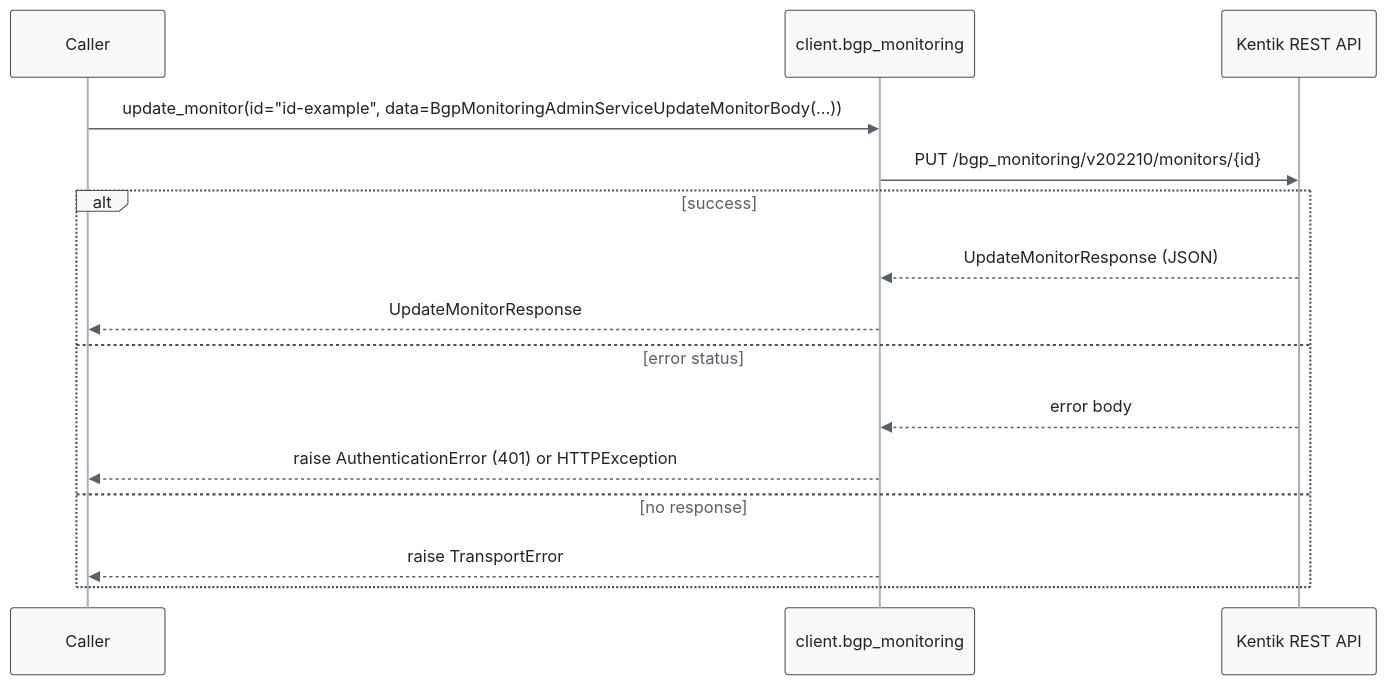
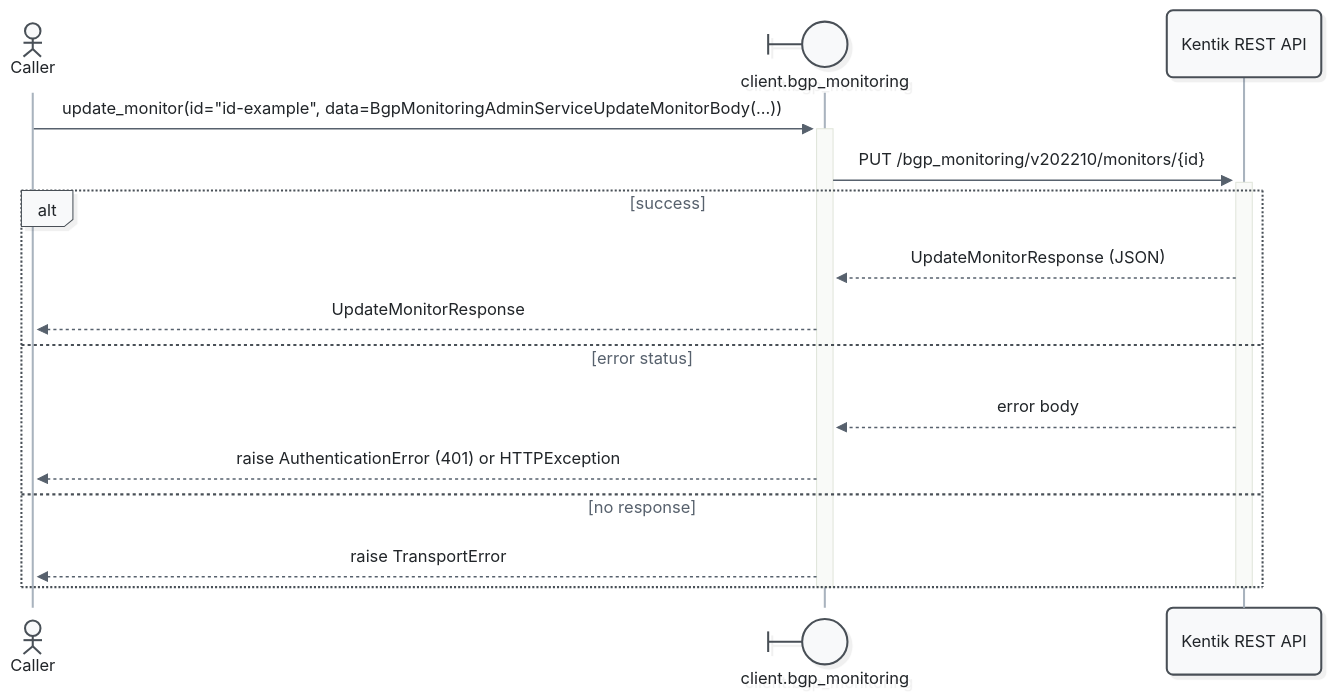
Before and after one commit to alexdearaujo/community_sdk_python: diagram 11 of 17 in docs/sphinx/services/bgp_monitoring.md, drawn with Mermaid. The commit also changed other lines of this file and 52 other files, not shown here.

First line of the commit message:
docs: Mermaid 12 sequence diagrams with participant types and path colors

````diff
--- a/docs/sphinx/services/bgp_monitoring.md
+++ b/docs/sphinx/services/bgp_monitoring.md
@@ -420,19 +445,21 @@
 ```mermaid
-%%{init: {"theme": "base", "fontFamily": "ui-monospace, SFMono-Regular, Menlo, monospace", "themeVariables": {"fontFamily": "ui-monospace, SFMono-Regular, Menlo, monospace", "primaryColor": "#f8f9fa", "primaryBorderColor": "#495057", "primaryTextColor": "#212529", "textColor": "#212529", "lineColor": "#77818c", "edgeLabelBackground": "#ffffff", "actorBkg": "#f8f9fa", "actorBorder": "#495057", "actorTextColor": "#212529", "actorLineColor": "#a9b3be", "signalColor": "#57616d", "signalTextColor": "#212529", "labelBoxBkgColor": "#f8f9fa", "labelBoxBorderColor": "#495057", "labelTextColor": "#212529", "loopTextColor": "#57616d", "noteBkgColor": "#fff9db", "noteBorderColor": "#f08c00", "noteTextColor": "#a35a00"}, "flowchart": {"curve": "step", "nodeSpacing": 30, "rankSpacing": 70, "wrappingWidth": 400}}}%%
+%%{init: {"theme": "redux", "look": "neo", "layout": "dagre", "fontFamily": "ui-monospace, SFMono-Regular, Menlo, monospace", "themeVariables": {"fontFamily": "ui-monospace, SFMono-Regular, Menlo, monospace", "primaryColor": "#f8f9fa", "primaryBorderColor": "#495057", "primaryTextColor": "#212529", "textColor": "#212529", "lineColor": "#77818c", "edgeLabelBackground": "#ffffff", "actorBkg": "#f8f9fa", "actorBorder": "#495057", "actorTextColor": "#212529", "actorLineColor": "#a9b3be", "signalColor": "#57616d", "signalTextColor": "#212529", "labelBoxBkgColor": "#f8f9fa", "labelBoxBorderColor": "#495057", "labelTextColor": "#212529", "loopTextColor": "#57616d", "noteBkgColor": "#fff9db", "noteBorderColor": "#f08c00", "noteTextColor": "#a35a00"}, "sequence": {"activationWidth": 16}, "flowchart": {"curve": "step", "nodeSpacing": 30, "rankSpacing": 70, "wrappingWidth": 400}}}%%
 sequenceDiagram
-    participant C as Caller
-    participant W as client.bgp_monitoring
+    actor C as Caller
+    participant W@{ "type": "boundary" } as client.bgp_monitoring
     participant API as Kentik REST API
 
-    C->>W: update_monitor(id="id-example", data=BgpMonitoringAdminServiceUpdateMonitorBody(...))
-    W->>API: PUT /bgp_monitoring/v202210/monitors/{id}
+    C->>+W: update_monitor(id="id-example", data=BgpMonitoringAdminServiceUpdateMonitorBody(...))
+    W->>+API: PUT /bgp_monitoring/v202210/monitors/{id}
     alt success
         API-->>W: UpdateMonitorResponse (JSON)
         W-->>C: UpdateMonitorResponse
     else error status
         API-->>W: error body
         W-->>C: raise AuthenticationError (401) or HTTPException
     else no response
         W-->>C: raise TransportError
     end
+    deactivate API
+    deactivate W
 ```
````
